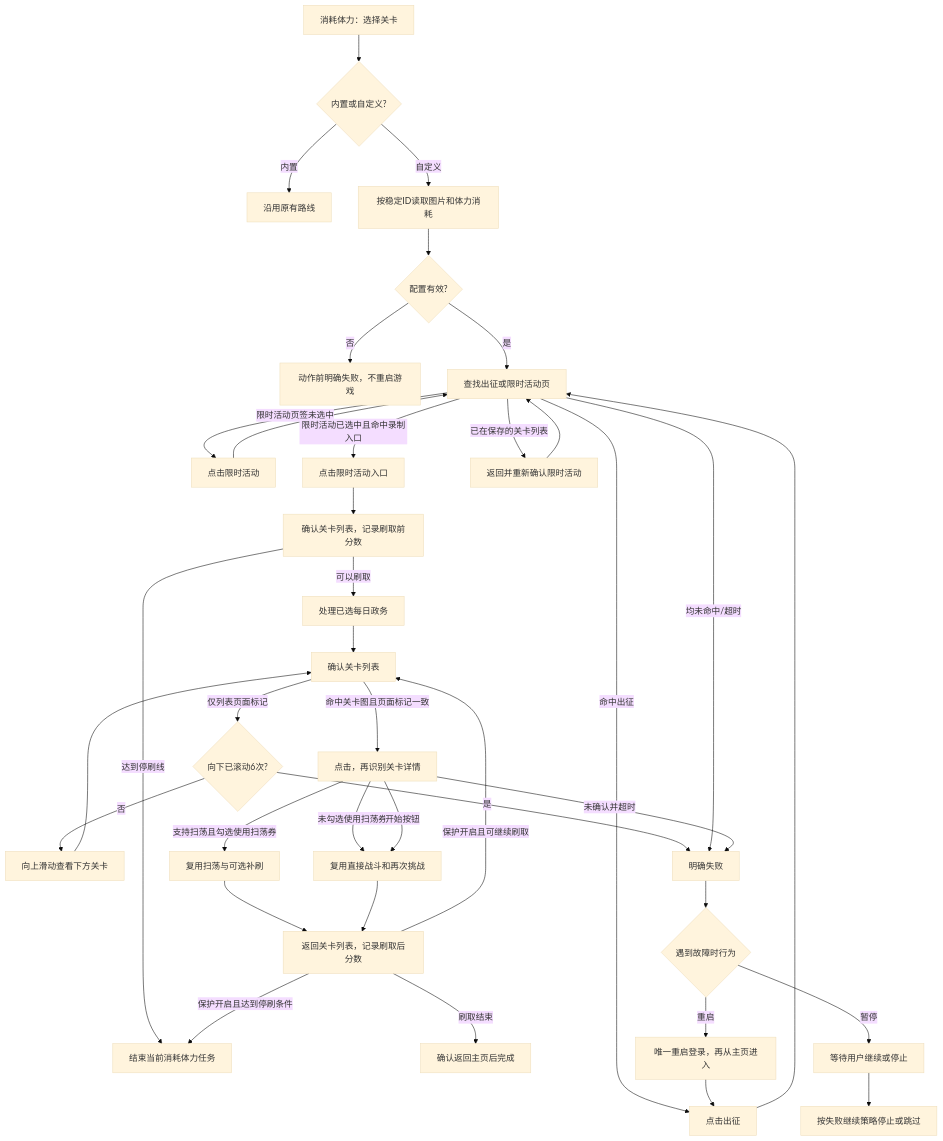
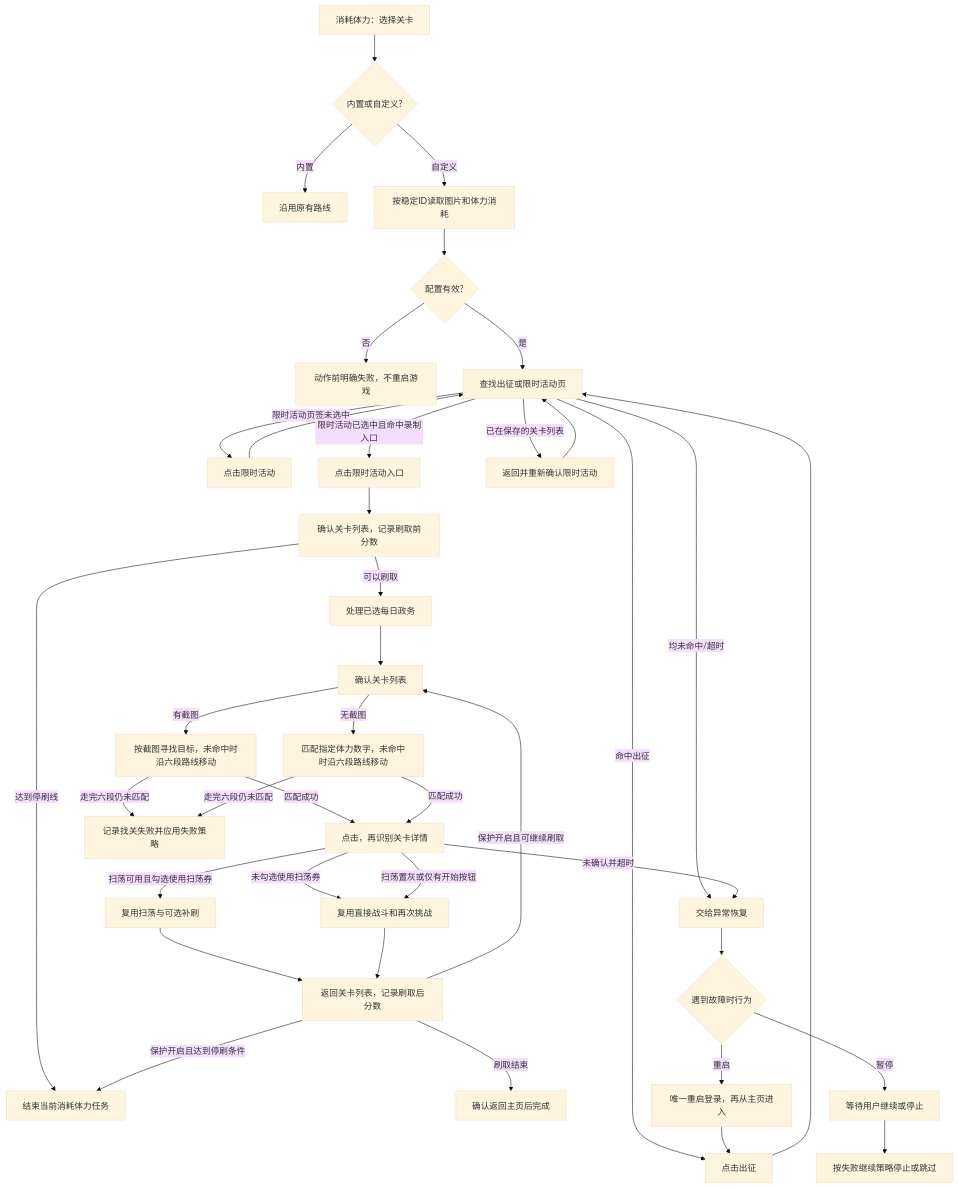
One commit to RShock/TKFMaaR changed the diagram in docs/zh_cn/tasks/custom_stage.md. Above: the diagram before and after it, drawn with Mermaid (base theme). The commit also changed other lines of this file and 12 other files, not shown here.

````diff
--- a/docs/zh_cn/tasks/custom_stage.md
+++ b/docs/zh_cn/tasks/custom_stage.md
@@ -39,40 +39,41 @@
 ```mermaid
 flowchart TD
     Select[消耗体力：选择关卡] --> Kind{内置或自定义?}
     Kind -->|内置| Builtin[沿用原有路线]
     Kind -->|自定义| Config[按稳定ID读取图片和体力消耗]
     Config --> Valid{配置有效?}
     Valid -->|否| Invalid[动作前明确失败，不重启游戏]
     Valid -->|是| Router[查找出征或限时活动页]
     Router -->|命中出征| Home[点击出征]
     Home --> Router
     Router -->|限时活动页签未选中| Tab[点击限时活动]
     Tab --> Router
     Router -->|限时活动已选中且命中录制入口| Entry[点击限时活动入口]
     Router -->|已在保存的关卡列表| Back[返回并重新确认限时活动]
     Back --> Router
     Entry --> Before[确认关卡列表，记录刷取前分数]
     Before -->|达到停刷线| Stop[结束当前消耗体力任务]
     Before -->|可以刷取| Affairs[处理已选每日政务]
     Affairs --> ListRouter[确认关卡列表]
-    ListRouter -->|命中关卡图且页面标记一致| Stage[点击，再识别关卡详情]
-    ListRouter -->|仅列表页面标记| List{向下已滚动6次?}
-    List -->|否| Swipe[向上滑动查看下方关卡]
-    Swipe --> ListRouter
-    List -->|是| Failed[明确失败]
-    Router -->|均未命中/超时| Failed
-    Stage -->|支持扫荡且勾选使用扫荡券| Sweep[复用扫荡与可选补刷]
+    ListRouter -->|有截图| Image[按截图寻找目标，未命中时沿六段路线移动]
+    ListRouter -->|无截图| Random[匹配指定体力数字，未命中时沿六段路线移动]
+    Image -->|匹配成功| Stage[点击，再识别关卡详情]
+    Random -->|匹配成功| Stage
+    Image -->|走完六段仍未匹配| SelectionFailed[记录找关失败并应用失败策略]
+    Random -->|走完六段仍未匹配| SelectionFailed
+    Router -->|均未命中/超时| Failed[交给异常恢复]
+    Stage -->|扫荡可用且勾选使用扫荡券| Sweep[复用扫荡与可选补刷]
     Stage -->|未勾选使用扫荡券| Battle
-    Stage -->|开始按钮| Battle[复用直接战斗和再次挑战]
+    Stage -->|扫荡置灰或仅有开始按钮| Battle[复用直接战斗和再次挑战]
     Stage -->|未确认并超时| Failed
     Sweep --> After[返回关卡列表，记录刷取后分数]
     Battle --> After
     After -->|保护开启且达到停刷条件| Stop
     After -->|保护开启且可继续刷取| ListRouter
     After -->|刷取结束| Main[确认返回主页后完成]
     Failed --> Recovery{遇到故障时行为}
     Recovery -->|重启| Restart[唯一重启登录，再从主页进入]
     Restart --> Home
     Recovery -->|暂停| Pause[等待用户继续或停止]
     Pause --> Final[按失败继续策略停止或跳过]
 ```
````
